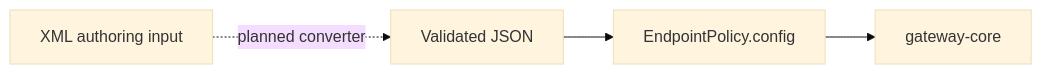
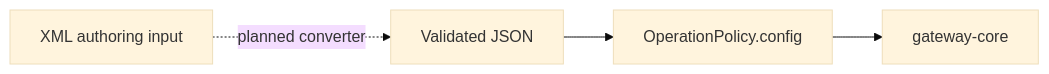
The diagram in docs/05-decisions/ADR-004 XML Policies.md (c4rl0s04/api-gateway-platform), drawn with Mermaid (base theme) before and after one commit. The commit also changed other lines of this file and 2 other files, not shown here.

Commit message:
docs(policy): align terminology with proxy operations

````diff
--- a/docs/05-decisions/ADR-004 XML Policies.md
+++ b/docs/05-decisions/ADR-004 XML Policies.md
@@ -35,6 +36,6 @@
 ```mermaid
 flowchart LR
     XML["XML authoring input"] -. "planned converter" .-> JSON["Validated JSON"]
-    JSON --> DATABASE["EndpointPolicy.config"]
+    JSON --> DATABASE["OperationPolicy.config"]
     DATABASE --> GATEWAY["gateway-core"]
 ```
````
